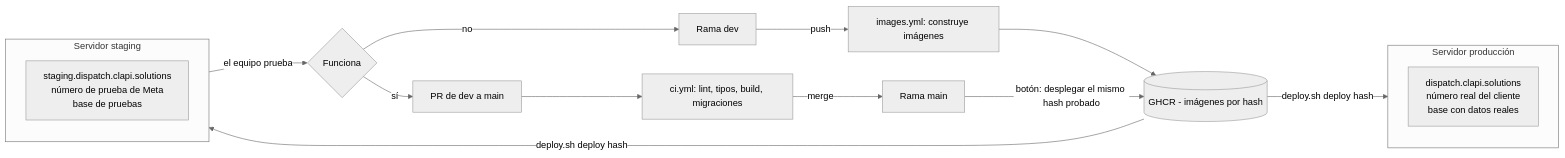
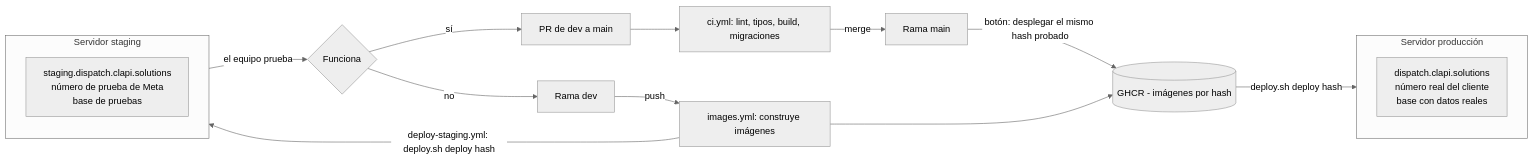
One commit to clapi-labs/clapi-dispatch changed the second of 7 diagrams in docs/INFRAESTRUCTURA.md. Above: the diagram before and after it, drawn with Mermaid (neutral theme). The commit also changed other lines of this file and 4 other files, not shown here.

Commit message:
CD a staging: desplegar por SSH al publicar las imágenes de dev, con comprobación de salud y despliegue manual por hash (#81)

````diff
--- a/docs/INFRAESTRUCTURA.md
+++ b/docs/INFRAESTRUCTURA.md
@@ -88,23 +88,23 @@
 ```mermaid
 flowchart LR
     DEVR[Rama dev] -- push --> IMG1["images.yml: construye imágenes"]
     IMG1 --> GHCR[(GHCR - imágenes por hash)]
-    GHCR -- "deploy.sh deploy hash" --> STG
+    IMG1 -- "deploy-staging.yml: deploy.sh deploy hash" --> STG
 
     subgraph STG[Servidor staging]
         S1["staging.dispatch.clapi.solutions<br/>número de prueba de Meta<br/>base de pruebas"]
     end
 
     STG -- "el equipo prueba" --> OK{Funciona}
     OK -- sí --> PR[PR de dev a main]
     PR --> CI["ci.yml: lint, tipos, build, migraciones"]
     CI -- merge --> MAIN[Rama main]
     MAIN -- "botón: desplegar el mismo hash probado" --> GHCR
     GHCR -- "deploy.sh deploy hash" --> PRD
 
     subgraph PRD[Servidor producción]
         P1["dispatch.clapi.solutions<br/>número real del cliente<br/>base con datos reales"]
     end
 
     OK -- no --> DEVR
 ```
````
